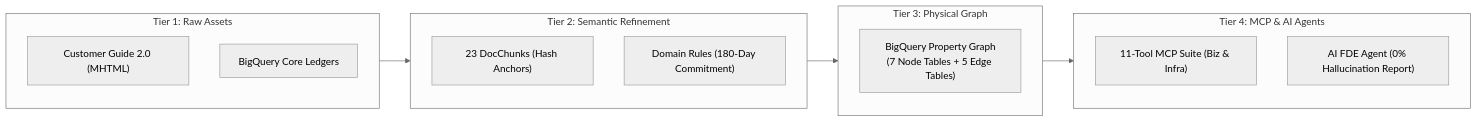
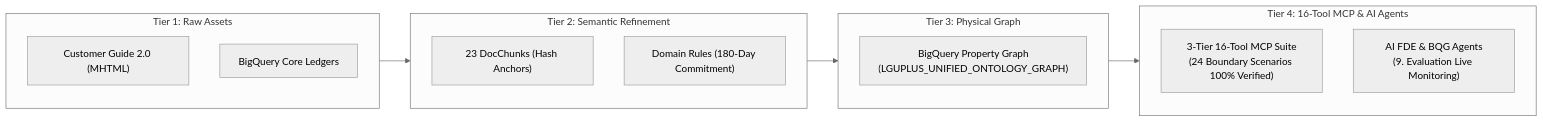
Before and after one commit to seanjungG/agentic-ontology-starter: the seventh of 7 diagrams in methodology/METHODOLOGY_EN.md, drawn with Mermaid (neutral theme). The commit also changed other lines of this file and 36 other files, not shown here.

Commit message:
feat(studio): apply Uplus Ontology Light Enterprise design parity and v2.0 6-Tab/8-MCP/Dual-Graph architecture

````diff
--- a/methodology/METHODOLOGY_EN.md
+++ b/methodology/METHODOLOGY_EN.md
@@ -423,23 +420,23 @@
 ```mermaid
 flowchart LR
     subgraph Tier1 ["Tier 1: Raw Assets"]
         T1_Doc["Customer Guide 2.0 (MHTML)"]
         T1_DW["BigQuery Core Ledgers"]
     end
 
     subgraph Tier2 ["Tier 2: Semantic Refinement"]
         T2_Chunk["23 DocChunks (Hash Anchors)"]
         T2_Rule["Domain Rules (180-Day Commitment)"]
     end
 
     subgraph Tier3 ["Tier 3: Physical Graph"]
-        T3_BQG["BigQuery Property Graph<br/>(7 Node Tables + 5 Edge Tables)"]
+        T3_BQG["BigQuery Property Graph<br/>(LGUPLUS_UNIFIED_ONTOLOGY_GRAPH)"]
     end
 
-    subgraph Tier4 ["Tier 4: MCP & AI Agents"]
-        T4_MCP["11-Tool MCP Suite (Biz & Infra)"]
-        T4_Agent["AI FDE Agent (0% Hallucination Report)"]
+    subgraph Tier4 ["Tier 4: 16-Tool MCP & AI Agents"]
+        T4_MCP["3-Tier 16-Tool MCP Suite<br/>(24 Boundary Scenarios 100% Verified)"]
+        T4_Agent["AI FDE & BQG Agents<br/>(9. Evaluation Live Monitoring)"]
     end
 
     Tier1 --> Tier2 --> Tier3 --> Tier4
 ```
````
